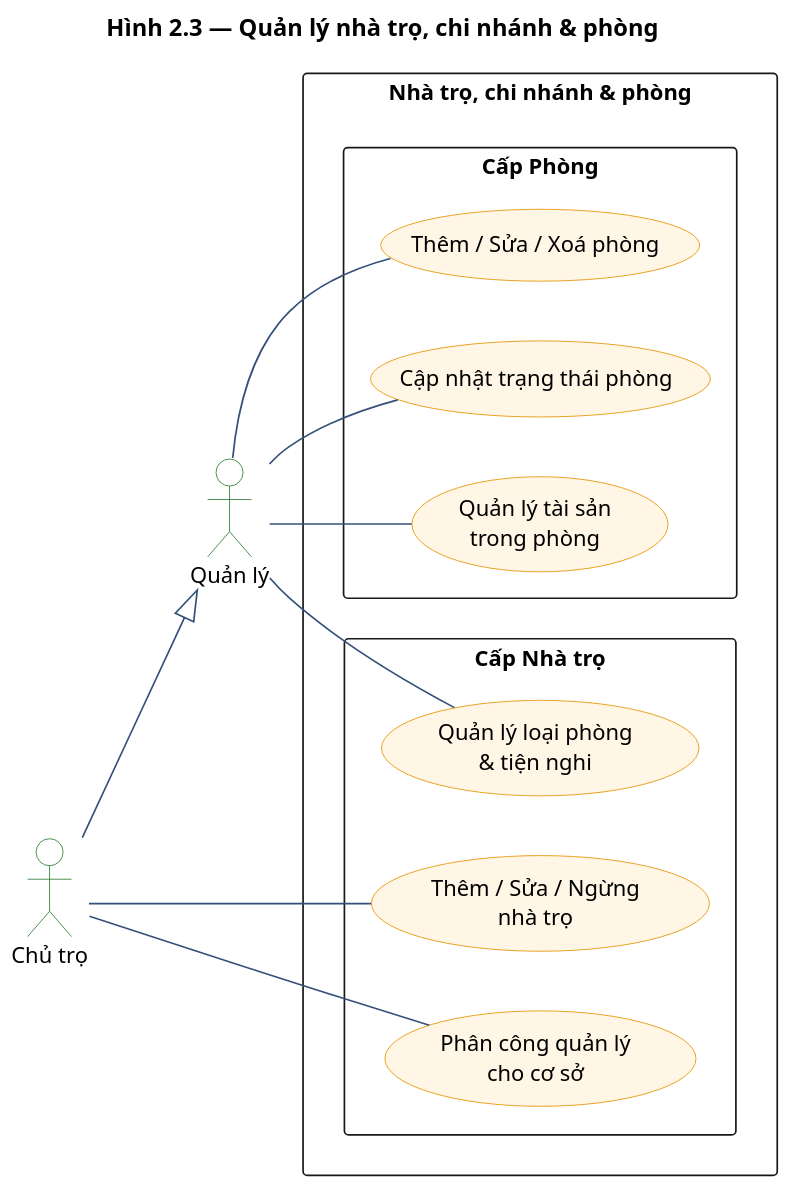
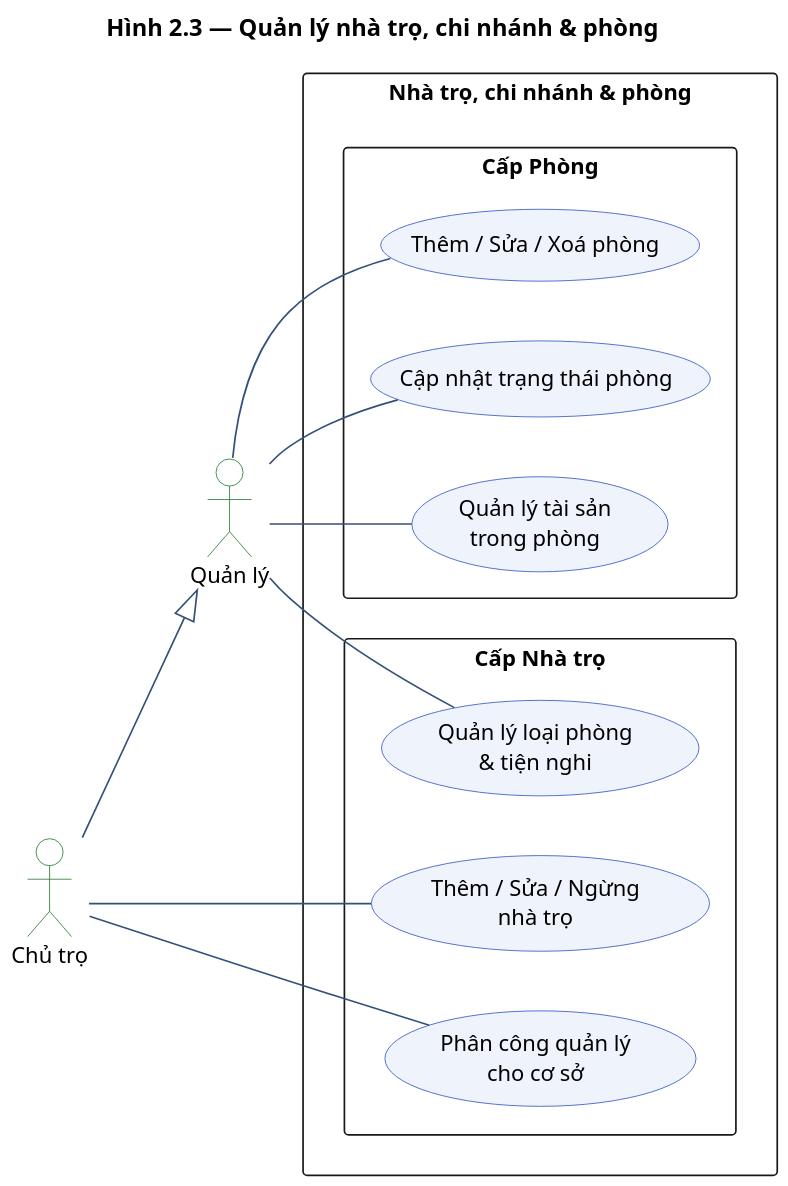
The diagram in docs/diagrams/2.03_uc_room.puml (DiepTuHuy/Hostel_Management), drawn with PlantUML before and after one commit. The commit also changed 18 other files, not shown here.

```diff
--- a/docs/diagrams/2.03_uc_room.puml
+++ b/docs/diagrams/2.03_uc_room.puml
@@ -1,46 +1,46 @@
 @startuml UC_Room
 title Hình 2.3 — Quản lý nhà trọ, chi nhánh & phòng
 
 skinparam dpi 150
 skinparam shadowing false
 skinparam defaultFontName "Segoe UI"
 skinparam defaultFontSize 13
 skinparam packageStyle rectangle
 skinparam ArrowColor #34507A
 skinparam usecase {
-  BackgroundColor #FFF6E5
-  BorderColor #E59300
+  BackgroundColor #EEF3FC
+  BorderColor #3A5BC7
 }
 skinparam actor {
   BackgroundColor #FFFFFF
   BorderColor #2E7D32
 }
 left to right direction
 
 actor "Chủ trọ"  as Owner
 actor "Quản lý"  as Manager
 
 rectangle "Nhà trọ, chi nhánh & phòng" {
   package "Cấp Nhà trọ" {
     usecase "Thêm / Sửa / Ngừng\nnhà trọ"      as R1
     usecase "Phân công quản lý\ncho cơ sở"     as R2
     usecase "Quản lý loại phòng\n& tiện nghi"  as R3
   }
   package "Cấp Phòng" {
     usecase "Thêm / Sửa / Xoá phòng"           as R4
     usecase "Cập nhật trạng thái phòng"        as R5
     usecase "Quản lý tài sản\ntrong phòng"     as R6
   }
 }
 
 ' Kế thừa: Chủ trọ có toàn bộ chức năng của Quản lý,
 ' thêm quyền riêng ở cấp Nhà trọ (thêm/ngừng cơ sở, phân công)
 Owner --|> Manager
 Owner -- R1
 Owner -- R2
 Manager -- R3
 Manager -- R4
 Manager -- R5
 Manager -- R6
 
 @enduml
```
